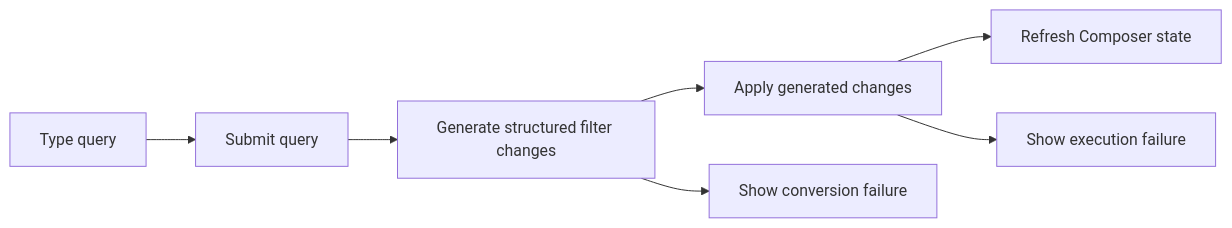
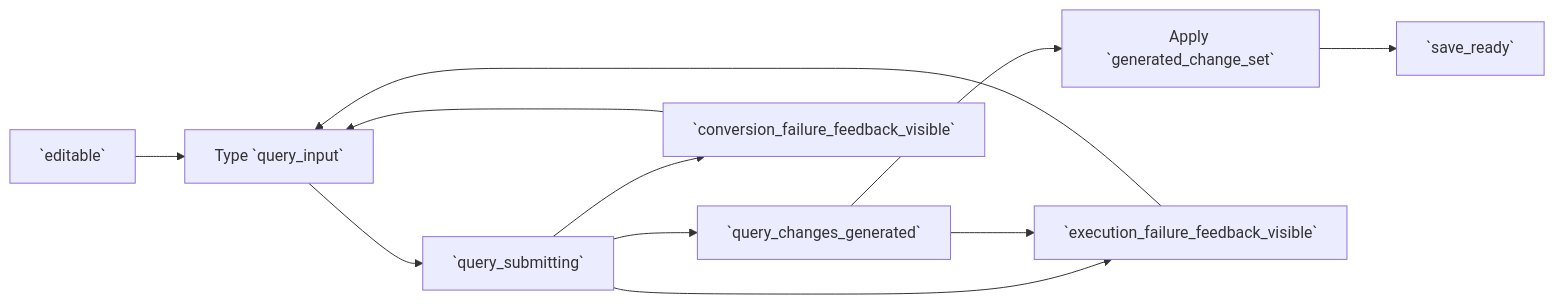
The diagram in PRODUCT/05_FEATURE_SPECS/rcl/flows/collection_query_composition_flow.md (voyager-labs/VoyagerSwiftACP), drawn with Mermaid before and after one commit. The commit also changed other lines of this file and 3 other files, not shown here.

First line of the commit message:
RCL split flow의 filter editing contract 참조 보강

````diff
--- a/PRODUCT/05_FEATURE_SPECS/rcl/flows/collection_query_composition_flow.md
+++ b/PRODUCT/05_FEATURE_SPECS/rcl/flows/collection_query_composition_flow.md
@@ -23,9 +23,13 @@
 ```mermaid
 flowchart LR
-  A[Type query] --> B[Submit query]
-  B --> C[Generate structured filter changes]
-  C --> D[Apply generated changes]
-  C --> E[Show conversion failure]
-  D --> F[Refresh Composer state]
-  D --> G[Show execution failure]
+  A[`editable`] --> B[Type `query_input`]
+  B --> C[`query_submitting`]
+  C --> D[`query_changes_generated`]
+  D --> E[Apply `generated_change_set`]
+  E --> F[`save_ready`]
+  C --> G[`conversion_failure_feedback_visible`]
+  C --> H[`execution_failure_feedback_visible`]
+  D --> H
+  G --> B
+  H --> B
 ```
````
